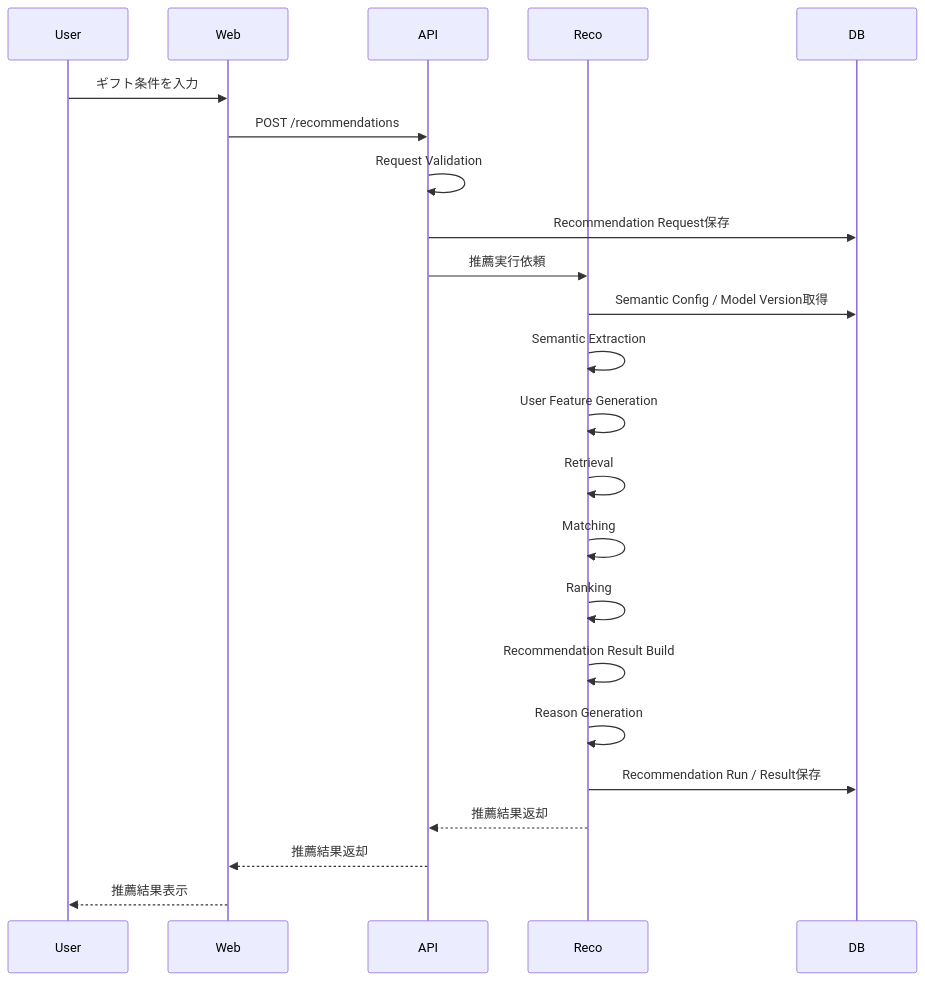
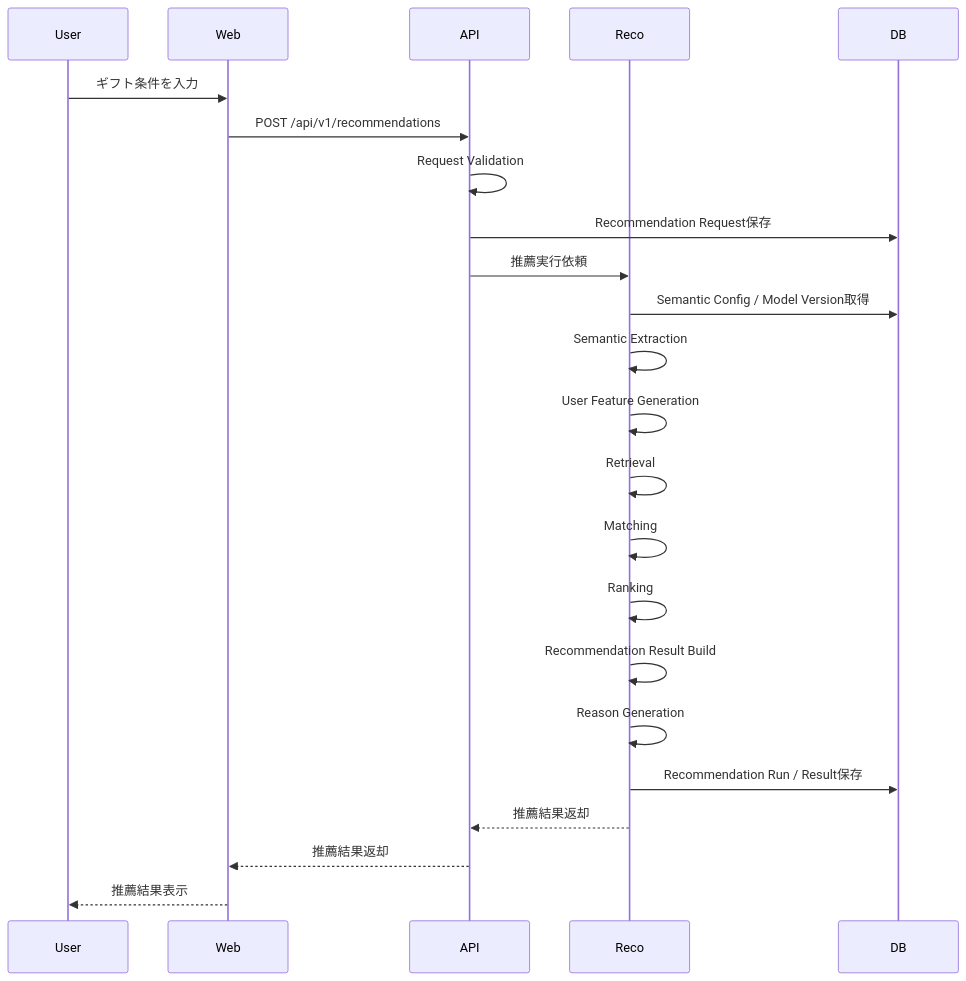
Before and after one commit to ryo-chan-k6/GiftRecommendAPP_MVP_CYCLE_3: the second of 13 diagrams in docs/05_アプリケーション設計/アプリ/処理フロー概要図.md, drawn with Mermaid. The commit also changed other lines of this file and 68 other files, not shown here.

Commit message:
APIドキュメントを更新し、Gift Recommendation Service MVPにおけるエンドポイントのURLを新しいバージョン形式に変更。具体的には、`/recommendations`や`/masters`などのエンドポイントを`/api/v1/`プレフィックス付きに修正し、APIの整合性と明確性を向上させた。また、フィードバック登録やマスタ取得に関するエンドポイントも同様に更新し、全体の設計基盤を強化した。 (#217)

````diff
--- a/docs/05_アプリケーション設計/アプリ/処理フロー概要図.md
+++ b/docs/05_アプリケーション設計/アプリ/処理フロー概要図.md
@@ -131,29 +131,29 @@
 ```mermaid
 sequenceDiagram
     participant User as User
     participant Web as Web
     participant API as API
     participant Reco as Reco
     participant DB as DB
 
     User->>Web: ギフト条件を入力
-    Web->>API: POST /recommendations
+    Web->>API: POST /api/v1/recommendations
     API->>API: Request Validation
     API->>DB: Recommendation Request保存
 
     API->>Reco: 推薦実行依頼
     Reco->>DB: Semantic Config / Model Version取得
 
     Reco->>Reco: Semantic Extraction
     Reco->>Reco: User Feature Generation
     Reco->>Reco: Retrieval
     Reco->>Reco: Matching
     Reco->>Reco: Ranking
     Reco->>Reco: Recommendation Result Build
     Reco->>Reco: Reason Generation
 
     Reco->>DB: Recommendation Run / Result保存
     Reco-->>API: 推薦結果返却
     API-->>Web: 推薦結果返却
     Web-->>User: 推薦結果表示
 ```
````
